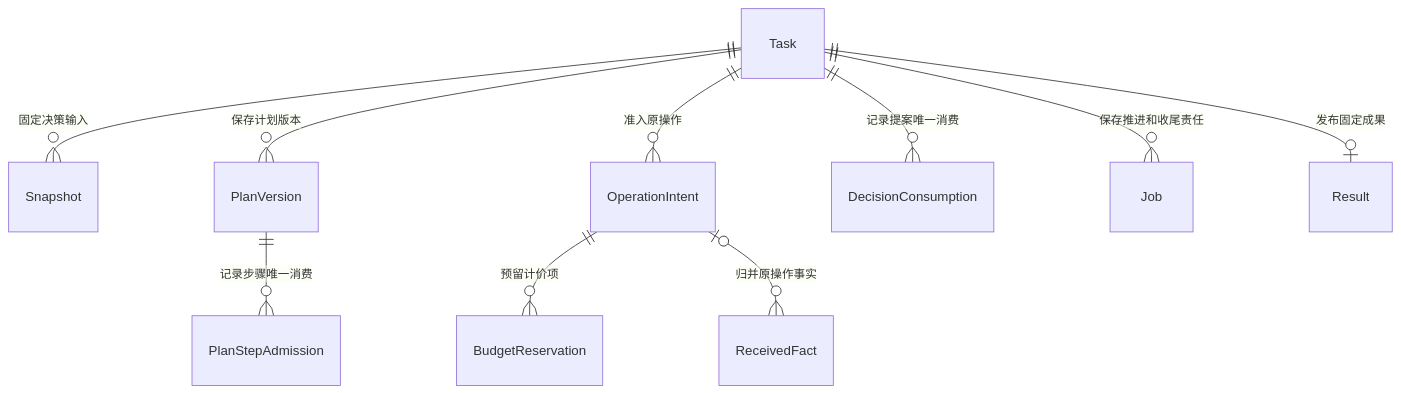
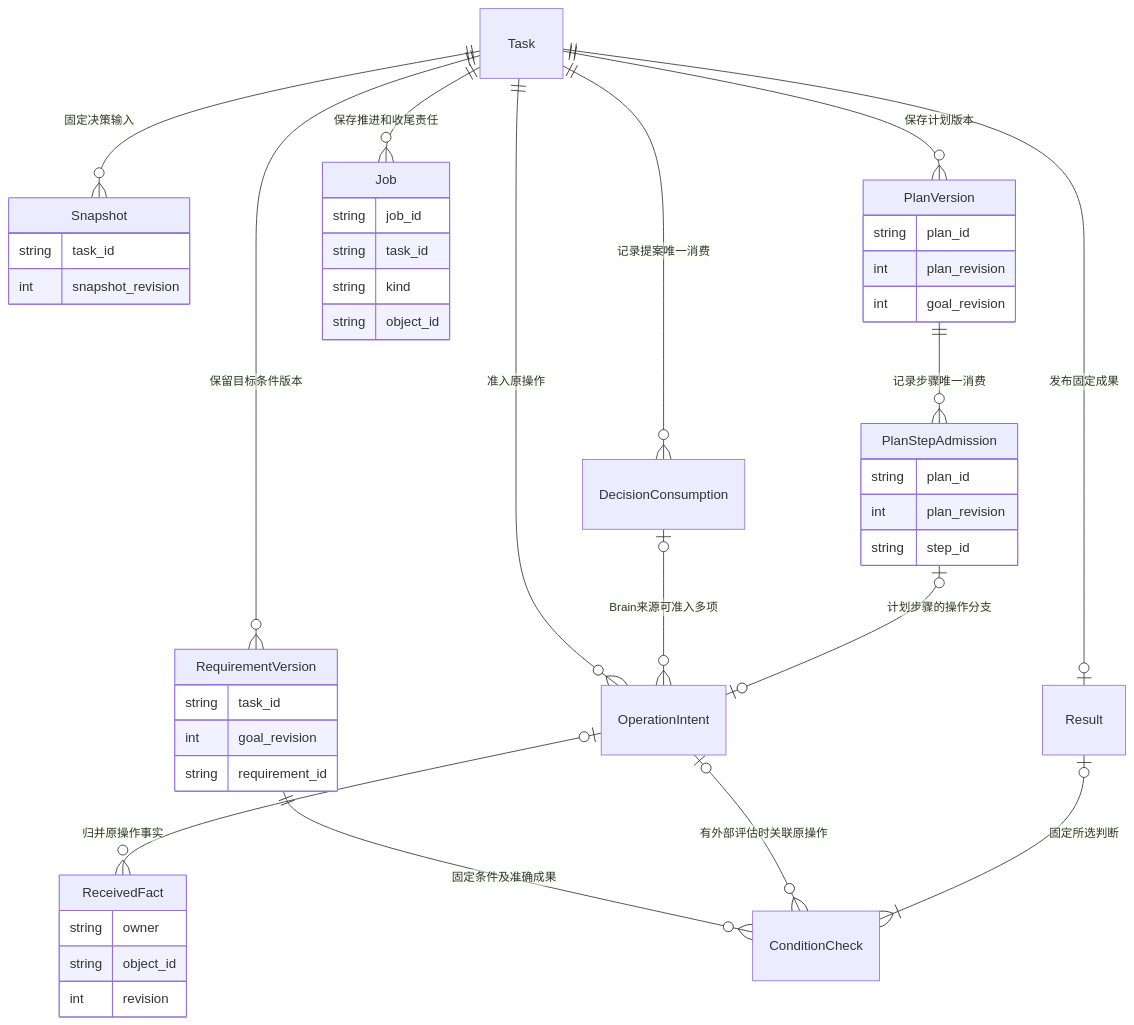
The second of 5 diagrams in docs/architecture/orchestrator/implementation.md (ruipengliu/lerna), drawn with Mermaid before and after one commit. The commit also changed other lines of this file and 48 other files, not shown here.

````diff
--- a/docs/architecture/orchestrator/implementation.md
+++ b/docs/architecture/orchestrator/implementation.md
@@ -85,12 +91,47 @@
 ```mermaid
 erDiagram
     Task ||--o{ Snapshot : "固定决策输入"
     Task ||--o{ PlanVersion : "保存计划版本"
+    Task ||--o{ RequirementVersion : "保留目标条件版本"
+    RequirementVersion ||--o{ ConditionCheck : "固定条件及准确成果"
     Task ||--o{ OperationIntent : "准入原操作"
     PlanVersion ||--o{ PlanStepAdmission : "记录步骤唯一消费"
     Task ||--o{ DecisionConsumption : "记录提案唯一消费"
-    OperationIntent ||--o{ BudgetReservation : "预留计价项"
+    DecisionConsumption |o--o{ OperationIntent : "Brain来源可准入多项"
+    PlanStepAdmission |o--o| OperationIntent : "计划步骤的操作分支"
     OperationIntent |o--o{ ReceivedFact : "归并原操作事实"
+    OperationIntent |o--o{ ConditionCheck : "有外部评估时关联原操作"
     Task ||--o{ Job : "保存推进和收尾责任"
     Task ||--o| Result : "发布固定成果"
+    Result |o--|{ ConditionCheck : "固定所选判断"
+    Snapshot {
+      string task_id
+      int snapshot_revision
+    }
+    PlanVersion {
+      string plan_id
+      int plan_revision
+      int goal_revision
+    }
+    RequirementVersion {
+      string task_id
+      int goal_revision
+      string requirement_id
+    }
+    PlanStepAdmission {
+      string plan_id
+      int plan_revision
+      string step_id
+    }
+    ReceivedFact {
+      string owner
+      string object_id
+      int revision
+    }
+    Job {
+      string job_id
+      string task_id
+      string kind
+      string object_id
+    }
 ```
````
